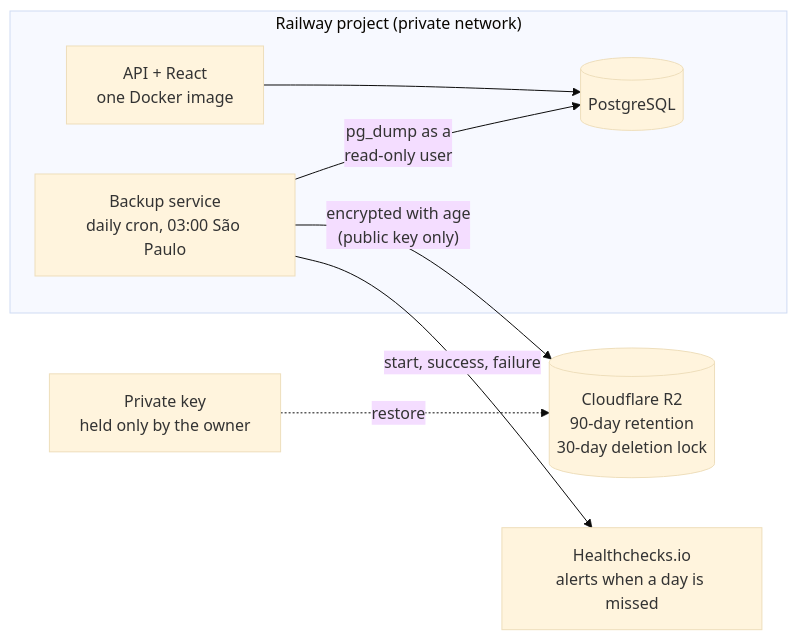
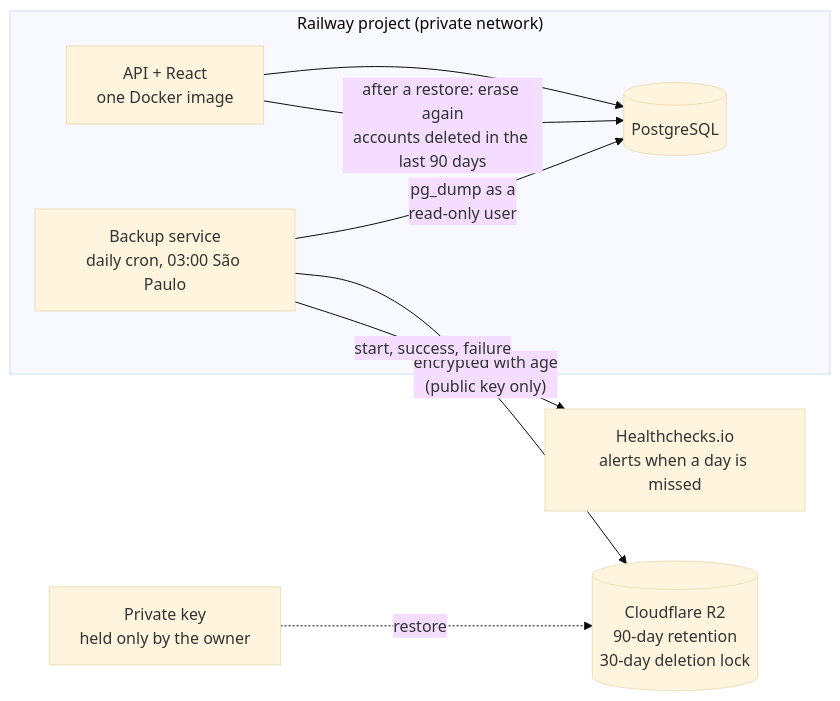
One commit to vagnerwentz/prisma changed the fourth of 5 diagrams in README.md. Above: the diagram before and after it, drawn with Mermaid (base theme). The commit also changed other lines of this file and 3 other files, not shown here.

First line of the commit message:
docs: stage A.3 across the guide, plan, README diagrams and runbook

````diff
--- a/README.md
+++ b/README.md
@@ -170,10 +175,11 @@
 ```mermaid
 flowchart LR
     subgraph Railway["Railway project (private network)"]
         App["API + React<br/>one Docker image"] --> Pg[("PostgreSQL")]
         Cron["Backup service<br/>daily cron, 03:00 São Paulo"] -->|"pg_dump as a<br/>read-only user"| Pg
+        App -->|"after a restore: erase again<br/>accounts deleted in the last 90 days"| Pg
     end
     Cron -->|"encrypted with age<br/>(public key only)"| R2[("Cloudflare R2<br/>90-day retention<br/>30-day deletion lock")]
     Cron -->|"start, success, failure"| HC["Healthchecks.io<br/>alerts when a day is missed"]
     Key["Private key<br/>held only by the owner"] -.->|"restore"| R2
 ```
````
